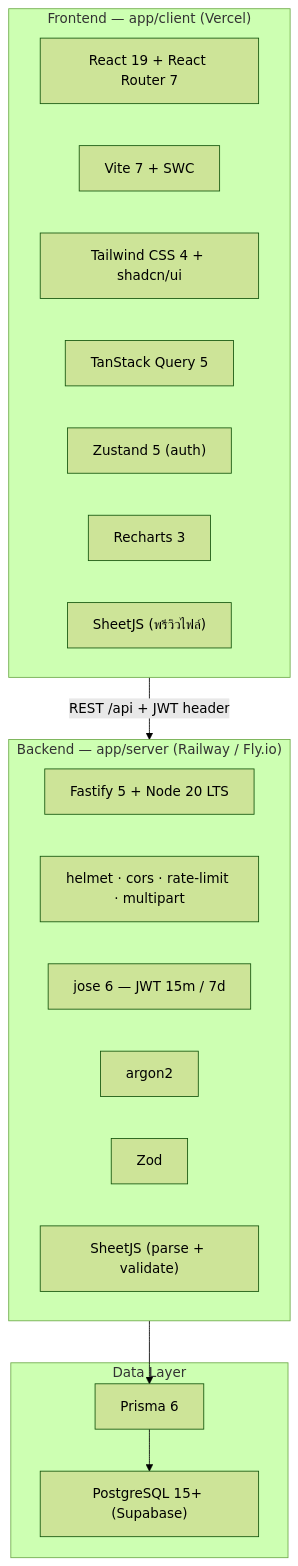
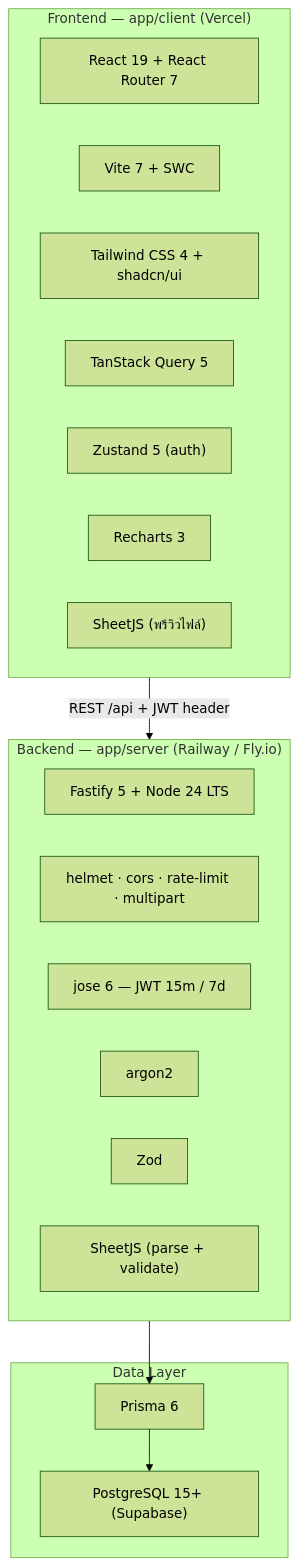
Before and after one commit to SIET-KMITL-INCEPTIO/CMAS-CLO: the third of 4 diagrams in docs/markdown/dev/system-documentation-2members.md, drawn with Mermaid (forest theme). The commit also changed other lines of this file and 7 other files, not shown here.

````diff
--- a/docs/markdown/dev/system-documentation-2members.md
+++ b/docs/markdown/dev/system-documentation-2members.md
@@ -372,30 +372,30 @@
 ```mermaid
 flowchart TB
     subgraph CLIENT["Frontend — app/client (Vercel)"]
         R["React 19 + React Router 7"]
         VITE["Vite 7 + SWC"]
         TW["Tailwind CSS 4 + shadcn/ui"]
         TQ["TanStack Query 5"]
         ZU["Zustand 5 (auth)"]
         RC["Recharts 3"]
         XLC["SheetJS (พรีวิวไฟล์)"]
     end
 
     subgraph SERVER["Backend — app/server (Railway / Fly.io)"]
-        FST["Fastify 5 + Node 20 LTS"]
+        FST["Fastify 5 + Node 24 LTS"]
         SEC["helmet · cors · rate-limit · multipart"]
         JWT["jose 6 — JWT 15m / 7d"]
         ARG["argon2"]
         ZOD["Zod"]
         XLS["SheetJS (parse + validate)"]
     end
 
     subgraph DATA["Data Layer"]
         PRISMA["Prisma 6"]
         SUPA["PostgreSQL 15+ (Supabase)"]
     end
 
     CLIENT -->|"REST /api + JWT header"| SERVER
     SERVER --> PRISMA
     PRISMA --> SUPA
 ```
````
